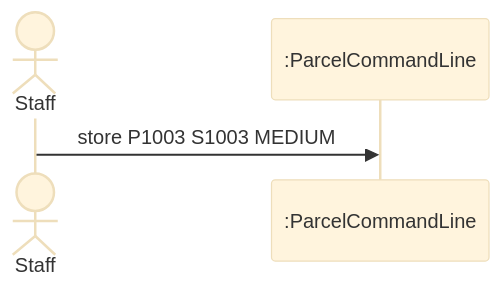
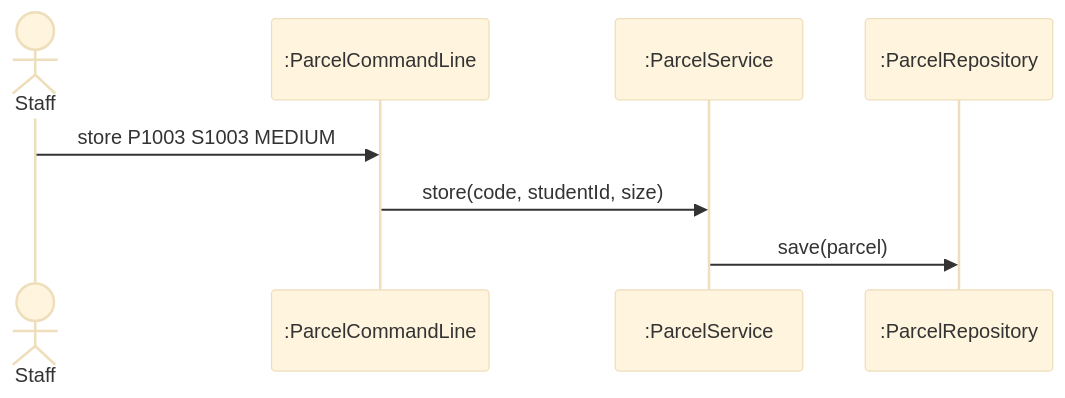
The third of 3 diagrams in LAB_REPORT.md (Chalisapat/itcs382-h2-lab), drawn with Mermaid (base theme) before and after one commit. The commit also changed other lines of this file, not shown here.

````diff
--- a/LAB_REPORT.md
+++ b/LAB_REPORT.md
@@ -112,6 +128,11 @@
 ```mermaid
 sequenceDiagram
     actor Staff
     participant cli as :ParcelCommandLine
+    participant service as :ParcelService
+    participant repo as :ParcelRepository
+    
     Staff->>cli: store P1003 S1003 MEDIUM
+    cli->>service: store(code, studentId, size)
+    service->>repo: save(parcel)
 ```
````
